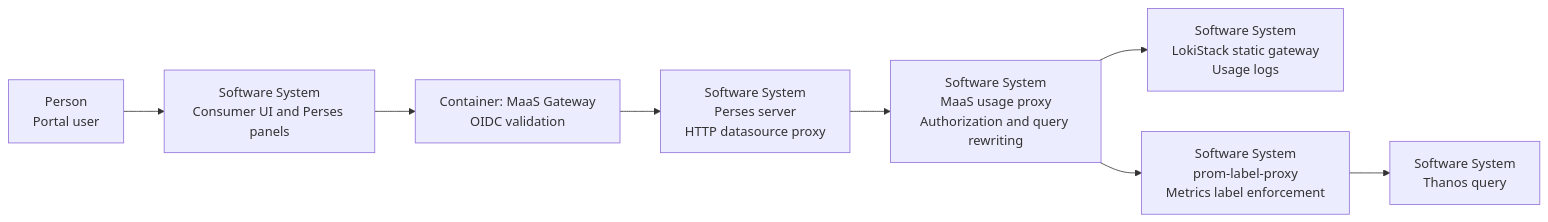
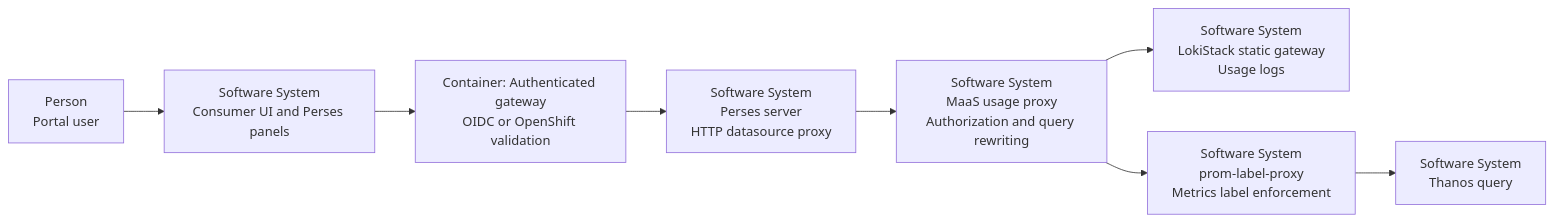
The first of 3 diagrams in architecture-decision-records/model-serving/ODH-ADR-MS-0009-maas-usage-dashboard-oidc-authorization-and-data-scoping.md (opendatahub-io/architecture-decision-records), drawn with Mermaid before and after one commit. The commit also changed other lines of this file, not shown here.

````diff
--- a/architecture-decision-records/model-serving/ODH-ADR-MS-0009-maas-usage-dashboard-oidc-authorization-and-data-scoping.md
+++ b/architecture-decision-records/model-serving/ODH-ADR-MS-0009-maas-usage-dashboard-oidc-authorization-and-data-scoping.md
@@ -67,19 +74,19 @@
 ```mermaid
 flowchart LR
   user["Person<br/>Portal user"]
   ui["Software System<br/>Consumer UI and Perses panels"]
-  gateway["Container: MaaS Gateway<br/>OIDC validation"]
+  gateway["Container: Authenticated gateway<br/>OIDC or OpenShift validation"]
   perses["Software System<br/>Perses server<br/>HTTP datasource proxy"]
   usage["Software System<br/>MaaS usage proxy<br/>Authorization and query rewriting"]
   loki["Software System<br/>LokiStack static gateway<br/>Usage logs"]
   labelproxy["Software System<br/>prom-label-proxy<br/>Metrics label enforcement"]
   thanos["Software System<br/>Thanos query"]
 
   user --> ui
   ui --> gateway
   gateway --> perses
   perses --> usage
   usage --> loki
   usage --> labelproxy
   labelproxy --> thanos
 ```
````
